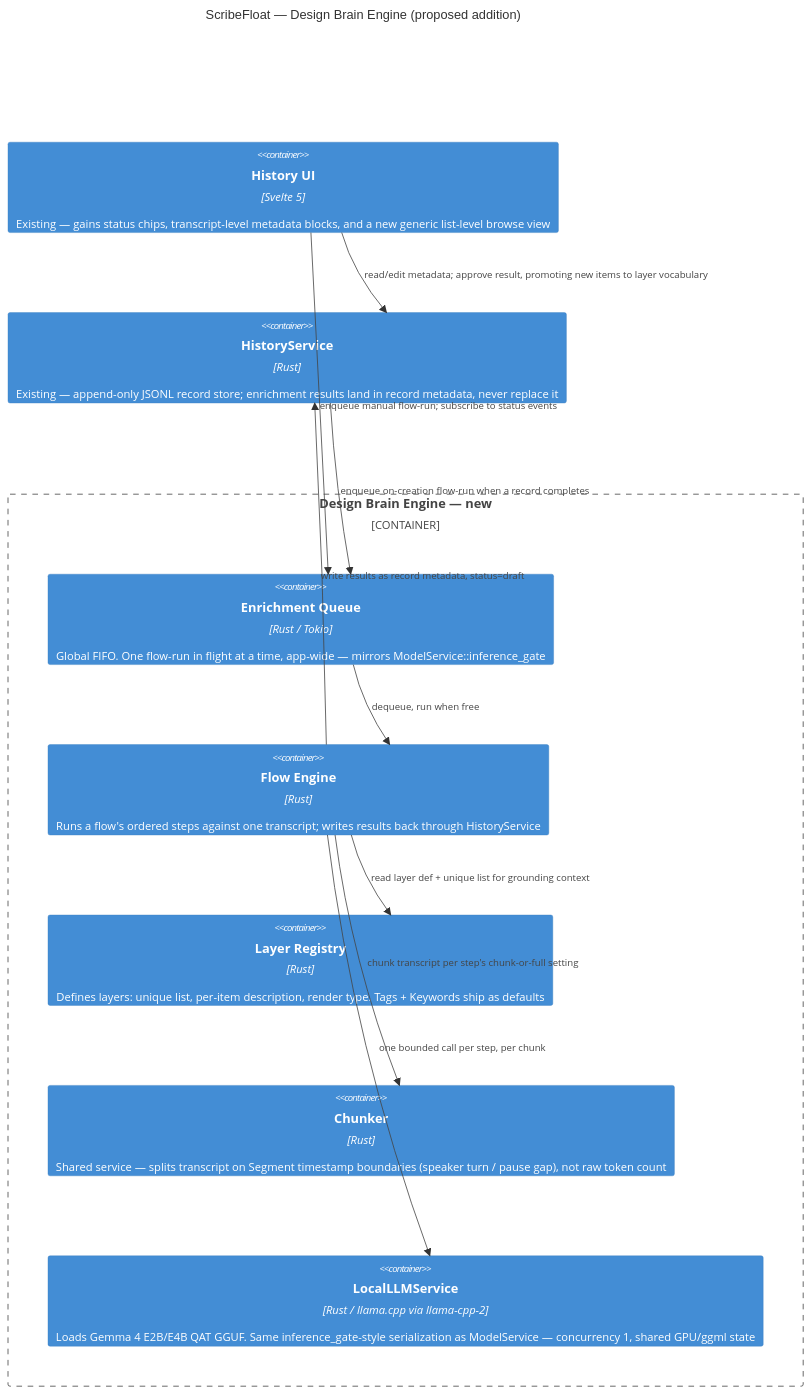
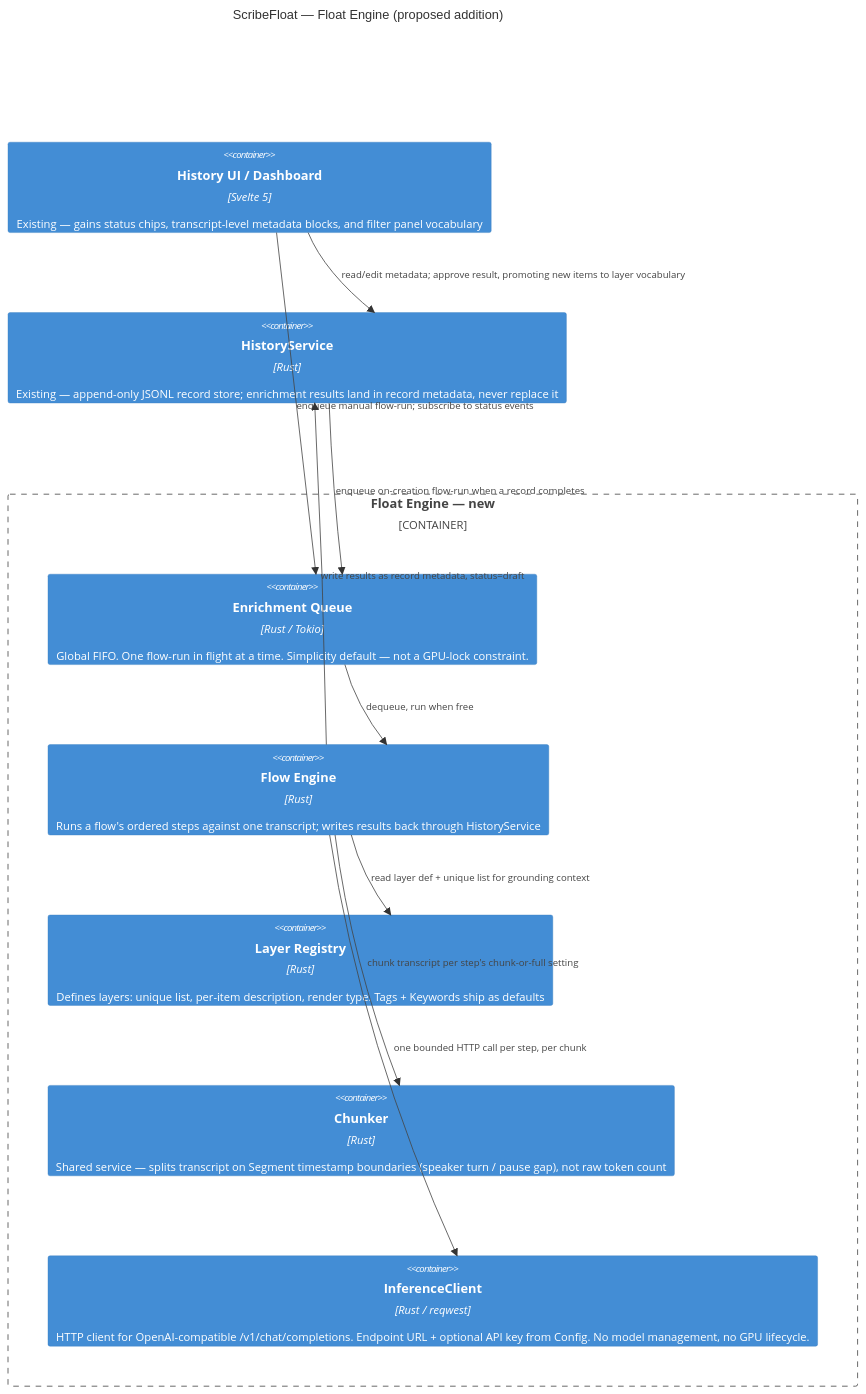
Before and after one commit to Lenniott/scribeFloat: the sixth of 6 diagrams in docs/design-brain-prd.md, drawn with Mermaid. The commit also changed other lines of this file, not shown here.

First line of the commit message:
Update Float PRD: adopt HTTP-based inference backend (Ollama / cloud API)

````diff
--- a/docs/design-brain-prd.md
+++ b/docs/design-brain-prd.md
@@ -215,24 +218,24 @@
 ```mermaid
 C4Container
-    title ScribeFloat — Design Brain Engine (proposed addition)
+    title ScribeFloat — Float Engine (proposed addition)
 
-    Container(history_ui, "History UI", "Svelte 5", "Existing — gains status chips, transcript-level metadata blocks, and a new generic list-level browse view")
+    Container(history_ui, "History UI / Dashboard", "Svelte 5", "Existing — gains status chips, transcript-level metadata blocks, and filter panel vocabulary")
     Container(svc_history, "HistoryService", "Rust", "Existing — append-only JSONL record store; enrichment results land in record metadata, never replace it")
 
-    Container_Boundary(brain, "Design Brain Engine — new") {
-        Container(queue, "Enrichment Queue", "Rust / Tokio", "Global FIFO. One flow-run in flight at a time, app-wide — mirrors ModelService::inference_gate")
+    Container_Boundary(brain, "Float Engine — new") {
+        Container(queue, "Enrichment Queue", "Rust / Tokio", "Global FIFO. One flow-run in flight at a time. Simplicity default — not a GPU-lock constraint.")
         Container(flow_engine, "Flow Engine", "Rust", "Runs a flow's ordered steps against one transcript; writes results back through HistoryService")
         Container(layer_registry, "Layer Registry", "Rust", "Defines layers: unique list, per-item description, render type. Tags + Keywords ship as defaults")
         Container(chunker, "Chunker", "Rust", "Shared service — splits transcript on Segment timestamp boundaries (speaker turn / pause gap), not raw token count")
-        Container(llm_svc, "LocalLLMService", "Rust / llama.cpp via llama-cpp-2", "Loads Gemma 4 E2B/E4B QAT GGUF. Same inference_gate-style serialization as ModelService — concurrency 1, shared GPU/ggml state")
+        Container(inference_client, "InferenceClient", "Rust / reqwest", "HTTP client for OpenAI-compatible /v1/chat/completions. Endpoint URL + optional API key from Config. No model management, no GPU lifecycle.")
     }
 
     Rel(history_ui, queue, "enqueue manual flow-run; subscribe to status events")
     Rel(svc_history, queue, "enqueue on-creation flow-run when a record completes")
     Rel(queue, flow_engine, "dequeue, run when free")
     Rel(flow_engine, chunker, "chunk transcript per step's chunk-or-full setting")
     Rel(flow_engine, layer_registry, "read layer def + unique list for grounding context")
-    Rel(flow_engine, llm_svc, "one bounded call per step, per chunk")
+    Rel(flow_engine, inference_client, "one bounded HTTP call per step, per chunk")
     Rel(flow_engine, svc_history, "write results as record metadata, status=draft")
     Rel(history_ui, svc_history, "read/edit metadata; approve result, promoting new items to layer vocabulary")
 ```
````
